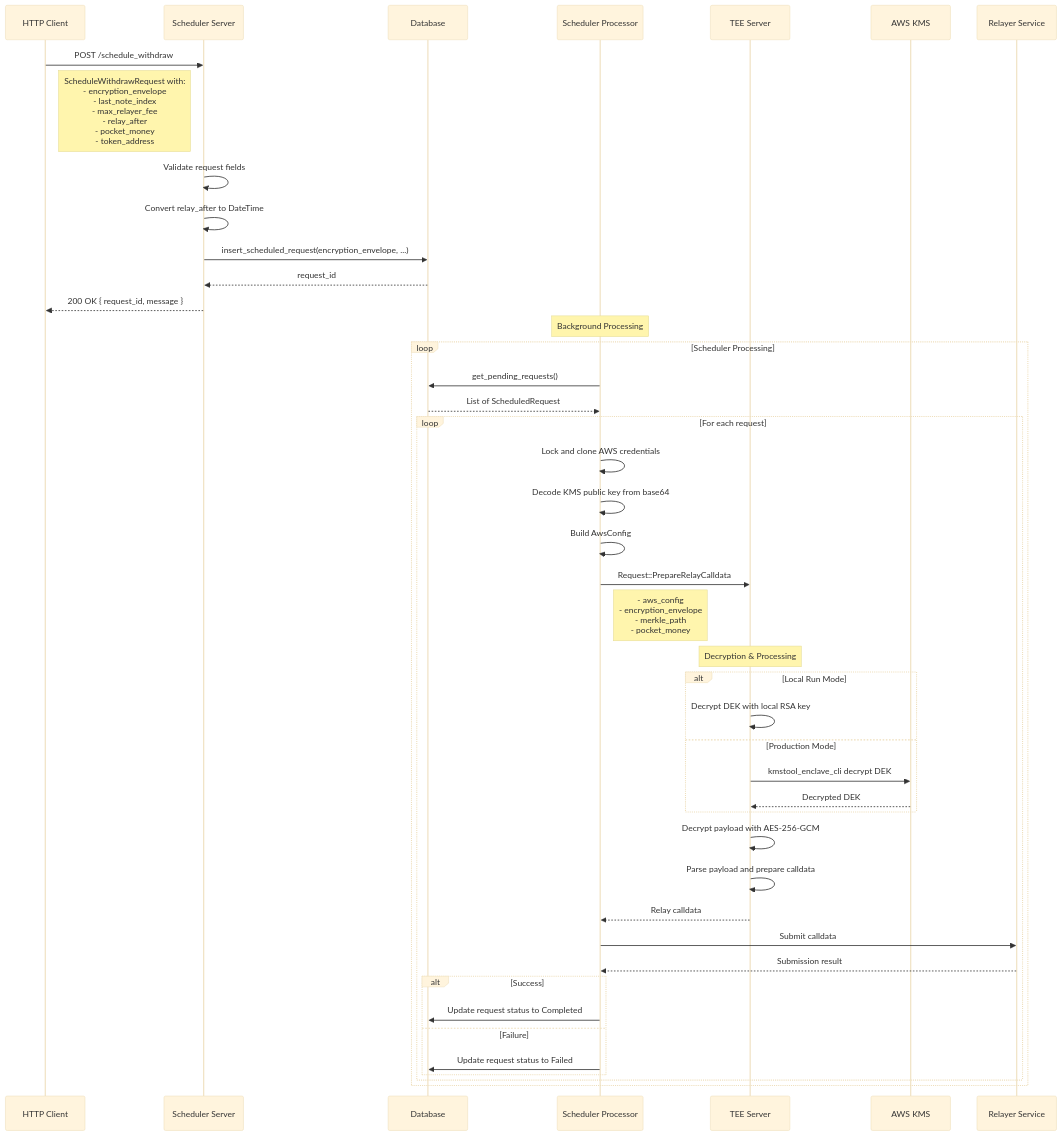
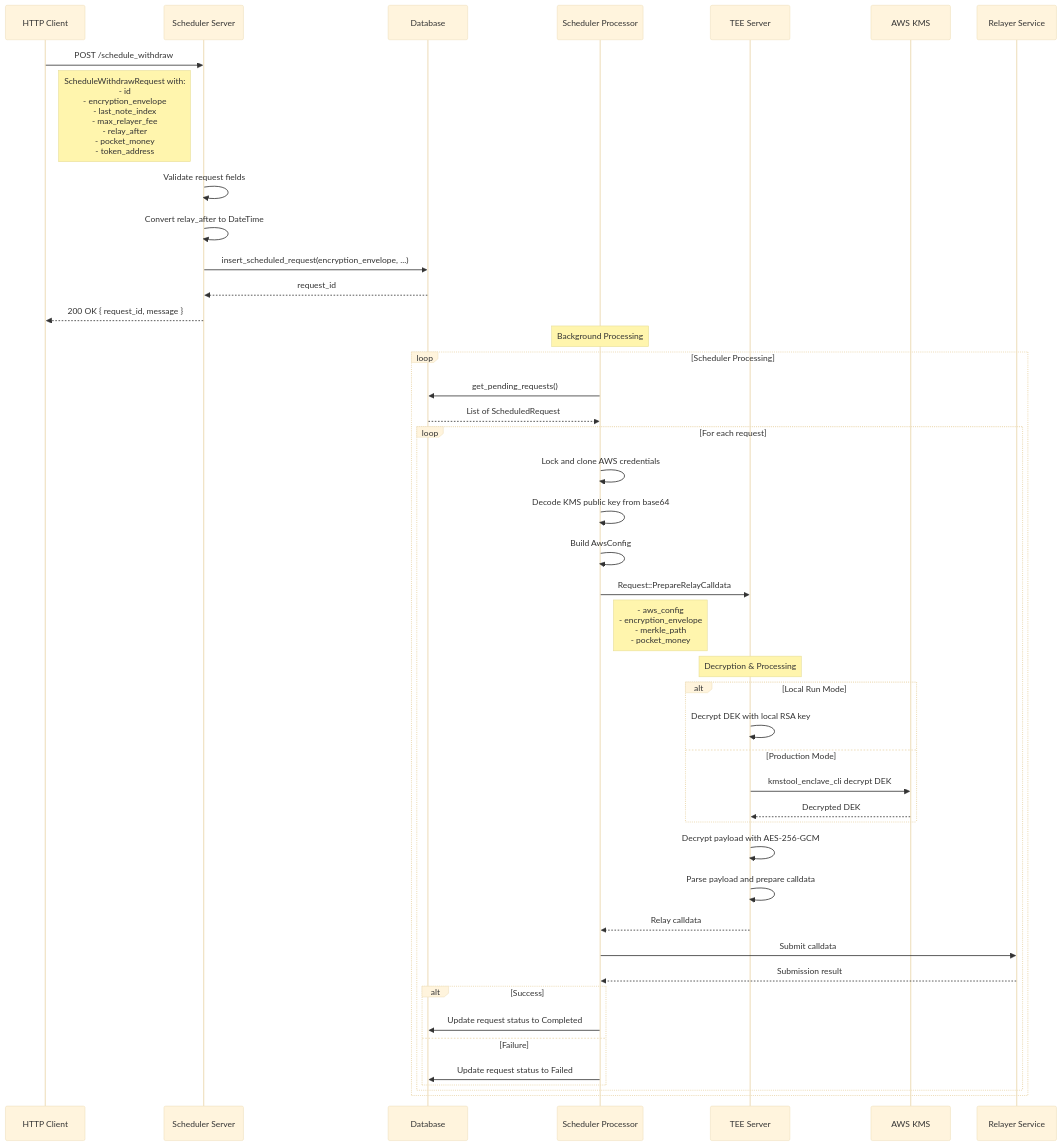
The diagram in crates/shielder-scheduler-server/docs/withdraw-request-processing.md (Cardinal-Cryptography/blanksquare-monorepo), drawn with Mermaid (base theme) before and after one commit. The commit also changed 15 other files, not shown here.

First line of the commit message:
Client-generated Scheduler request id (#65)

````diff
--- a/crates/shielder-scheduler-server/docs/withdraw-request-processing.md
+++ b/crates/shielder-scheduler-server/docs/withdraw-request-processing.md
@@ -7,56 +7,56 @@
 ```mermaid
 sequenceDiagram
     participant Client as HTTP Client
     participant Server as Scheduler Server
     participant DB as Database
     participant Processor as Scheduler Processor
     participant TEE as TEE Server
     participant KMS as AWS KMS
     participant Relayer as Relayer Service
 
     Client->>Server: POST /schedule_withdraw
-    Note right of Client: ScheduleWithdrawRequest with:<br/>- encryption_envelope<br/>- last_note_index<br/>- max_relayer_fee<br/>- relay_after<br/>- pocket_money<br/>- token_address
+    Note right of Client: ScheduleWithdrawRequest with:<br/>- id<br/>- encryption_envelope<br/>- last_note_index<br/>- max_relayer_fee<br/>- relay_after<br/>- pocket_money<br/>- token_address
 
     Server->>Server: Validate request fields
     Server->>Server: Convert relay_after to DateTime
     
     Server->>DB: insert_scheduled_request(encryption_envelope, ...)
     DB-->>Server: request_id
     Server-->>Client: 200 OK { request_id, message }
 
     Note over Processor: Background Processing
     loop Scheduler Processing
         Processor->>DB: get_pending_requests()
         DB-->>Processor: List of ScheduledRequest
         
         loop For each request
             Processor->>Processor: Lock and clone AWS credentials
             Processor->>Processor: Decode KMS public key from base64
             Processor->>Processor: Build AwsConfig
             
             Processor->>TEE: Request::PrepareRelayCalldata
             Note right of Processor: - aws_config<br/>- encryption_envelope<br/>- merkle_path<br/>- pocket_money
             
             Note over TEE: Decryption & Processing
             alt Local Run Mode
                 TEE->>TEE: Decrypt DEK with local RSA key
             else Production Mode
                 TEE->>KMS: kmstool_enclave_cli decrypt DEK
                 KMS-->>TEE: Decrypted DEK
             end
             
             TEE->>TEE: Decrypt payload with AES-256-GCM
             TEE->>TEE: Parse payload and prepare calldata
             TEE-->>Processor: Relay calldata
             
             Processor->>Relayer: Submit calldata
             Relayer-->>Processor: Submission result
             
             alt Success
                 Processor->>DB: Update request status to Completed
             else Failure
                 Processor->>DB: Update request status to Failed
             end
         end
     end
 ```
````
